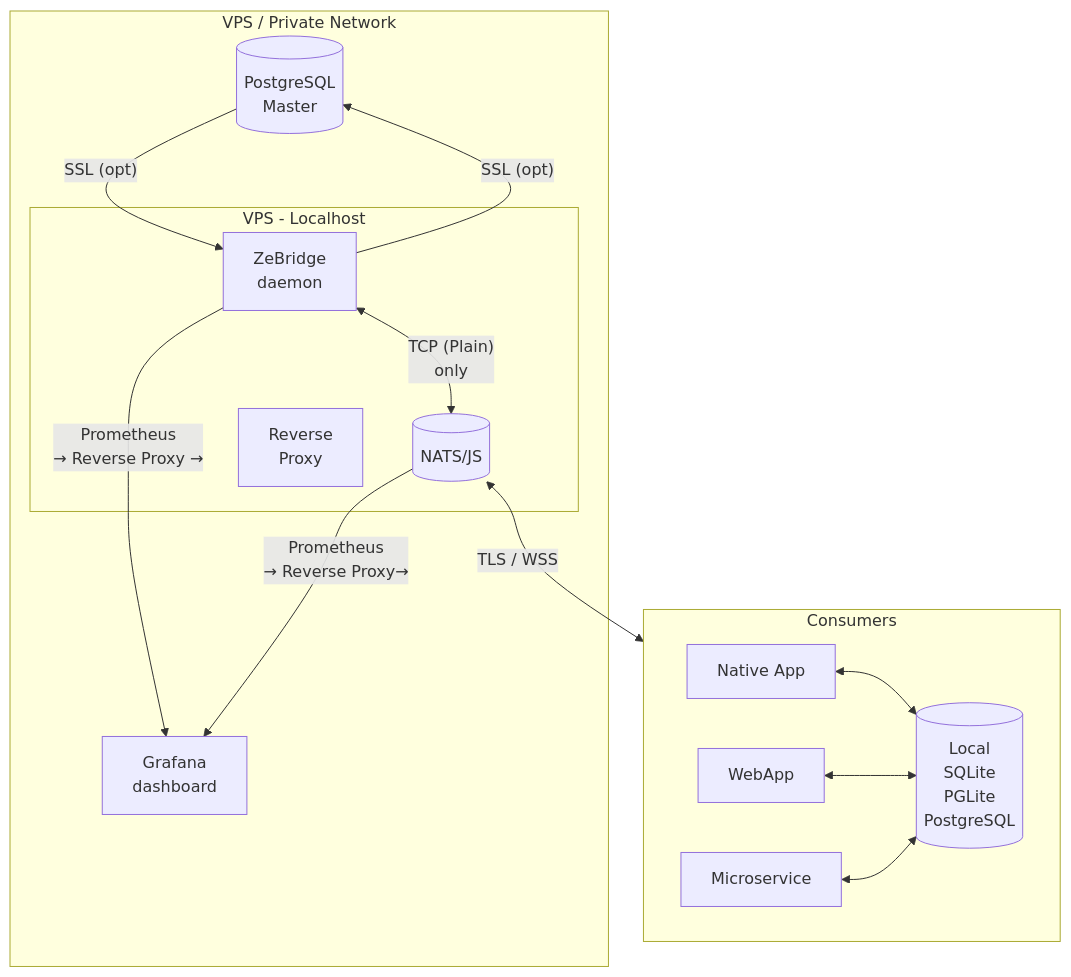
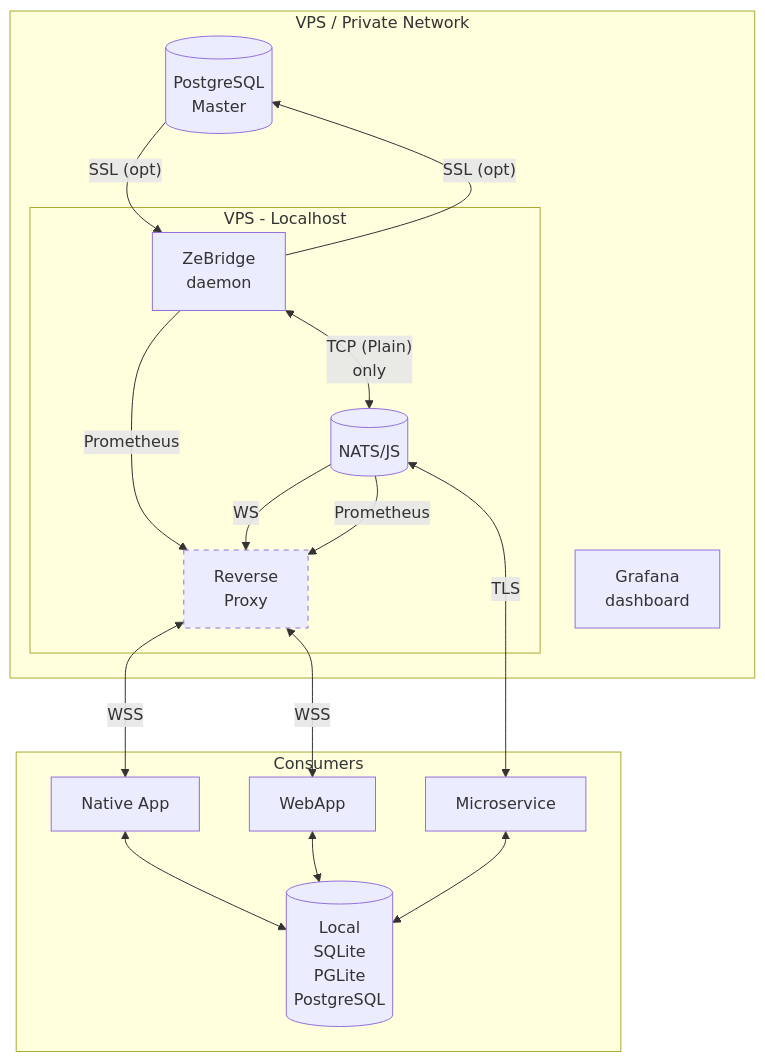
The first of 2 diagrams in README.md (ndrean/ZeBridge), drawn with Mermaid before and after one commit. The commit also changed other lines of this file and 4 other files, not shown here.

````diff
--- a/README.md
+++ b/README.md
@@ -80,32 +80,35 @@
 ```mermaid
 flowchart TD
     subgraph VPS["VPS / Private Network"]
         PG[("PostgreSQL <br> Master")]
         subgraph Localhost ["VPS - Localhost"]
           Bridge["ZeBridge <br> daemon"]
           NATS[("NATS/JS")]
           RevProx["Reverse <br>Proxy"]
         end
         
         
         Grafana["Grafana <br> dashboard"]
-        Bridge -- Prometheus <br> → Reverse Proxy → --> Grafana
-        NATS -- Prometheus <br> → Reverse Proxy→ --> Grafana
+        Bridge -- Prometheus --> RevProx
+        NATS --WS --> RevProx
+        NATS -- Prometheus --> RevProx
 
         PG -- "SSL (opt)" --> Bridge
         Bridge -- "SSL (opt)" --> PG
         Bridge <--> |"TCP (Plain)" <br> only| NATS
     end
-
-    NATS <--> |"TLS / WSS"| Consumers
+    NATS <-- TLS --> Worker
+    RevProx <--WSS--> NativeApp
+    RevProx <-- WSS --> WebApp
 
 
     subgraph Consumers["Consumers"]
         NativeApp["Native App"]
         WebApp["WebApp"]
         Worker["Microservice"]
         NativeApp <--> Local_DB[("Local<br> SQLite <br> PGLite <br> PostgreSQL")]
         WebApp <--> Local_DB
         Worker <--> Local_DB
     end
+    style RevProx stroke-dasharray: 5 5
 ```
````
